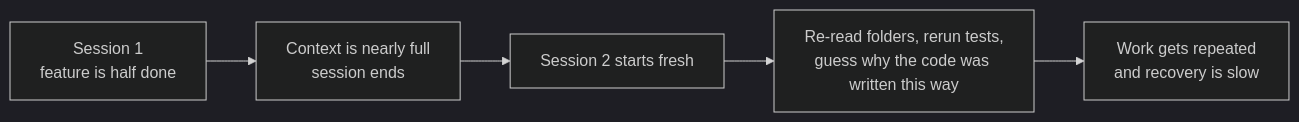
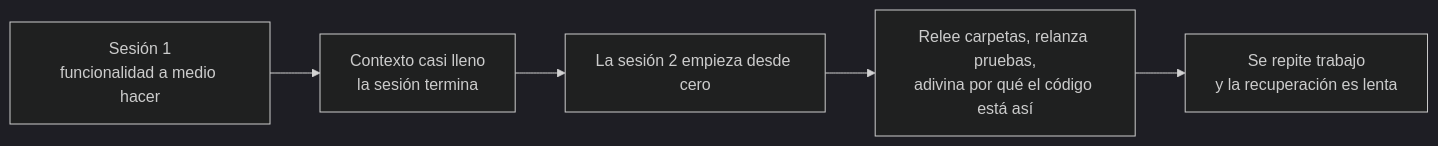
Before and after one commit to jordipiella/learn-harness-engineering: the first of 2 diagrams in docs/es/lectures/lecture-05-why-long-running-tasks-lose-continuity/index.md, drawn with Mermaid (dark theme). The commit also changed other lines of this file and 108 other files, not shown here.

````diff
--- a/docs/es/lectures/lecture-05-why-long-running-tasks-lose-continuity/index.md
+++ b/docs/es/lectures/lecture-05-why-long-running-tasks-lose-continuity/index.md
@@ -26,7 +26,7 @@
 ```mermaid
 flowchart LR
-    S1["Session 1<br/>feature is half done"] --> End1["Context is nearly full<br/>session ends"]
-    End1 --> S2["Session 2 starts fresh"]
-    S2 --> Guess["Re-read folders, rerun tests,<br/>guess why the code was written this way"]
-    Guess --> Drift["Work gets repeated<br/>and recovery is slow"]
+    S1["Sesión 1<br/>funcionalidad a medio hacer"] --> End1["Contexto casi lleno<br/>la sesión termina"]
+    End1 --> S2["La sesión 2 empieza desde cero"]
+    S2 --> Guess["Relee carpetas, relanza pruebas,<br/>adivina por qué el código está así"]
+    Guess --> Drift["Se repite trabajo<br/>y la recuperación es lenta"]
 ```
````
